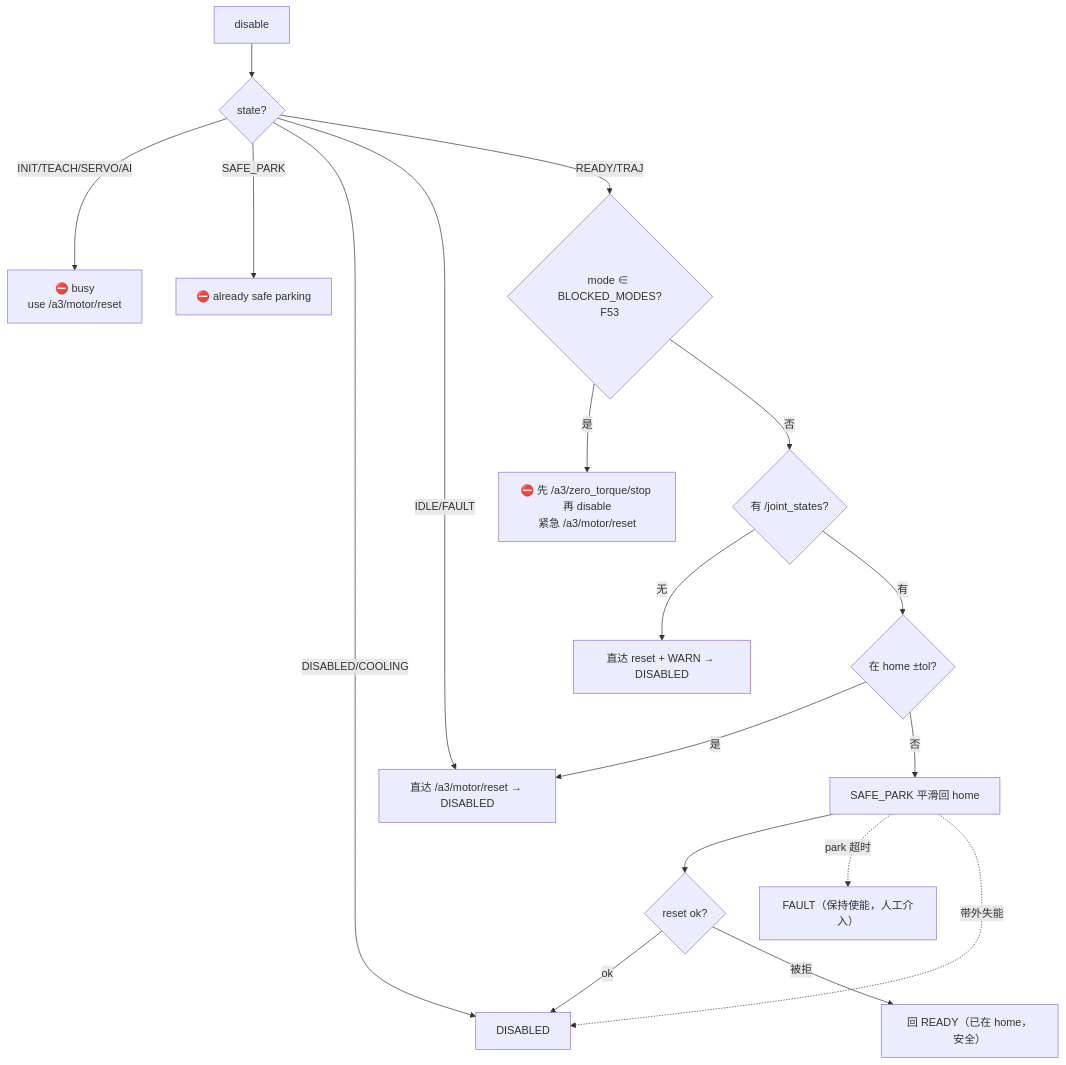
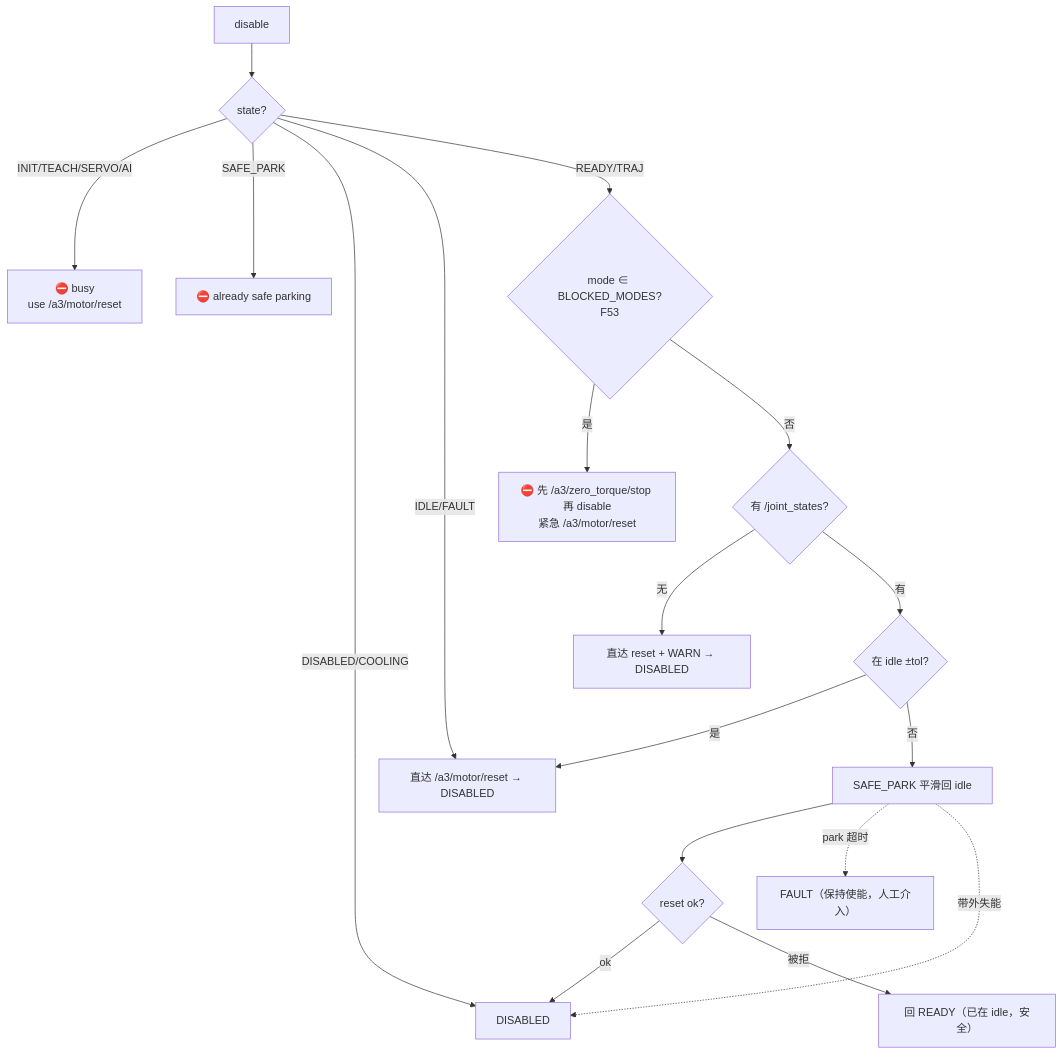
Before and after one commit to deep-diary/a3_arm_ws: the third of 3 diagrams in docs/edge/STATE_MACHINE.md, drawn with Mermaid. The commit also changed other lines of this file and 86 other files, not shown here.

````diff
--- a/docs/edge/STATE_MACHINE.md
+++ b/docs/edge/STATE_MACHINE.md
@@ -153,20 +153,20 @@
 ```mermaid
 flowchart TD
     D["disable"] --> S1{"state?"}
     S1 -- INIT/TEACH/SERVO/AI --> E1["⛔ busy<br/>use /a3/motor/reset"]
     S1 -- SAFE_PARK --> E2["⛔ already safe parking"]
     S1 -- DISABLED/COOLING --> E3["✅ already disabled（幂等不动）"]
     S1 -- IDLE/FAULT --> E4["直达 /a3/motor/reset → DISABLED"]
     S1 -- READY/TRAJ --> M{"mode ∈ BLOCKED_MODES?<br/>F53"}
     M -- 是 --> E9["⛔ 先 /a3/zero_torque/stop 再 disable<br/>紧急 /a3/motor/reset"]
     M -- 否 --> JS{"有 /joint_states?"}
     JS -- 无 --> E5["直达 reset + WARN → DISABLED"]
-    JS -- 有 --> HM{"在 home ±tol?"}
+    JS -- 有 --> HM{"在 idle ±tol?"}
     HM -- 是 --> E4
-    HM -- 否 --> PK["SAFE_PARK 平滑回 home"]
+    HM -- 否 --> PK["SAFE_PARK 平滑回 idle"]
     PK --> R{"reset ok?"}
     R -- ok --> E3["DISABLED"]
-    R -- 被拒--> E6["回 READY（已在 home，安全）"]
+    R -- 被拒--> E6["回 READY（已在 idle，安全）"]
     PK -. park 超时 .-> E7["FAULT（保持使能，人工介入）"]
     PK -. 带外失能 .-> E3
 ```
````
